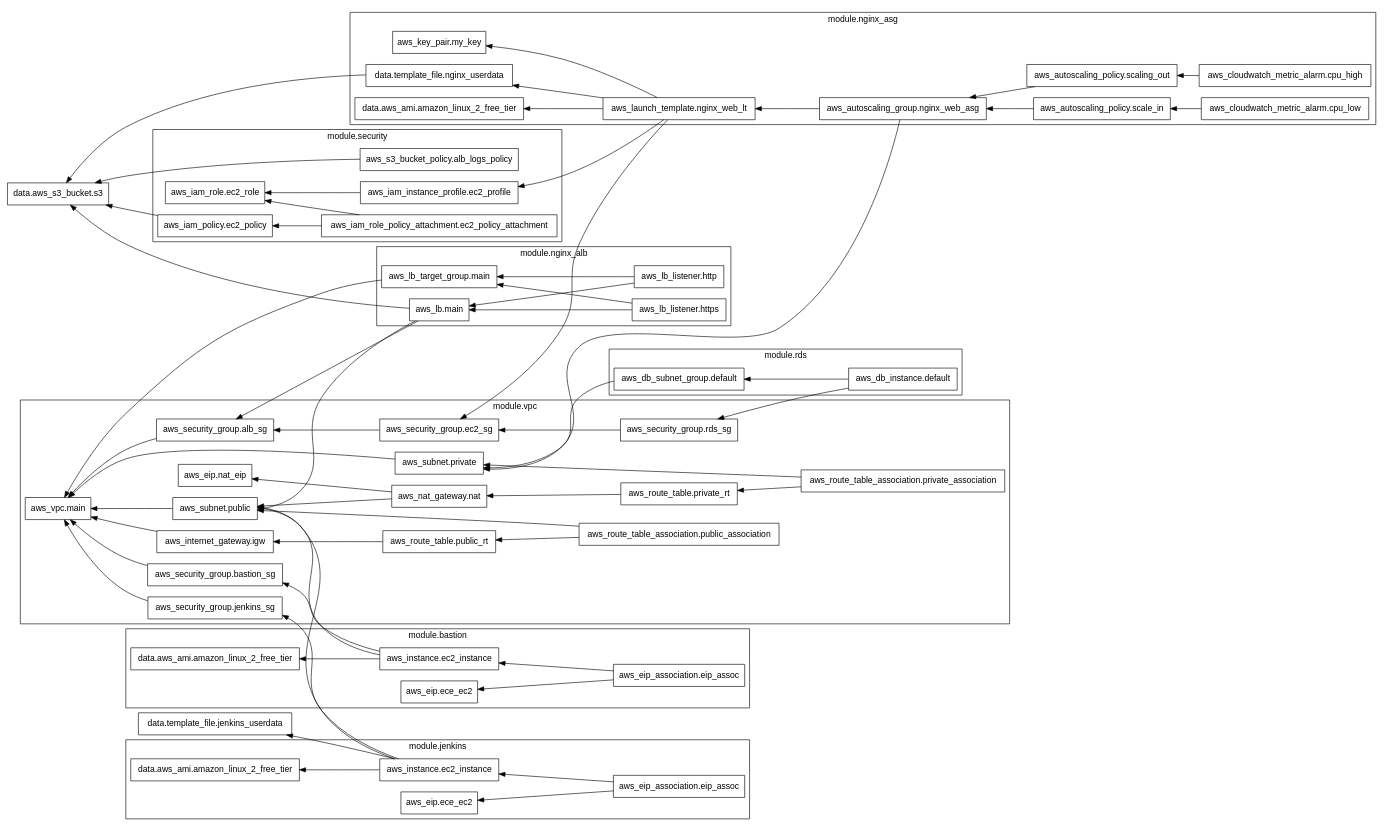
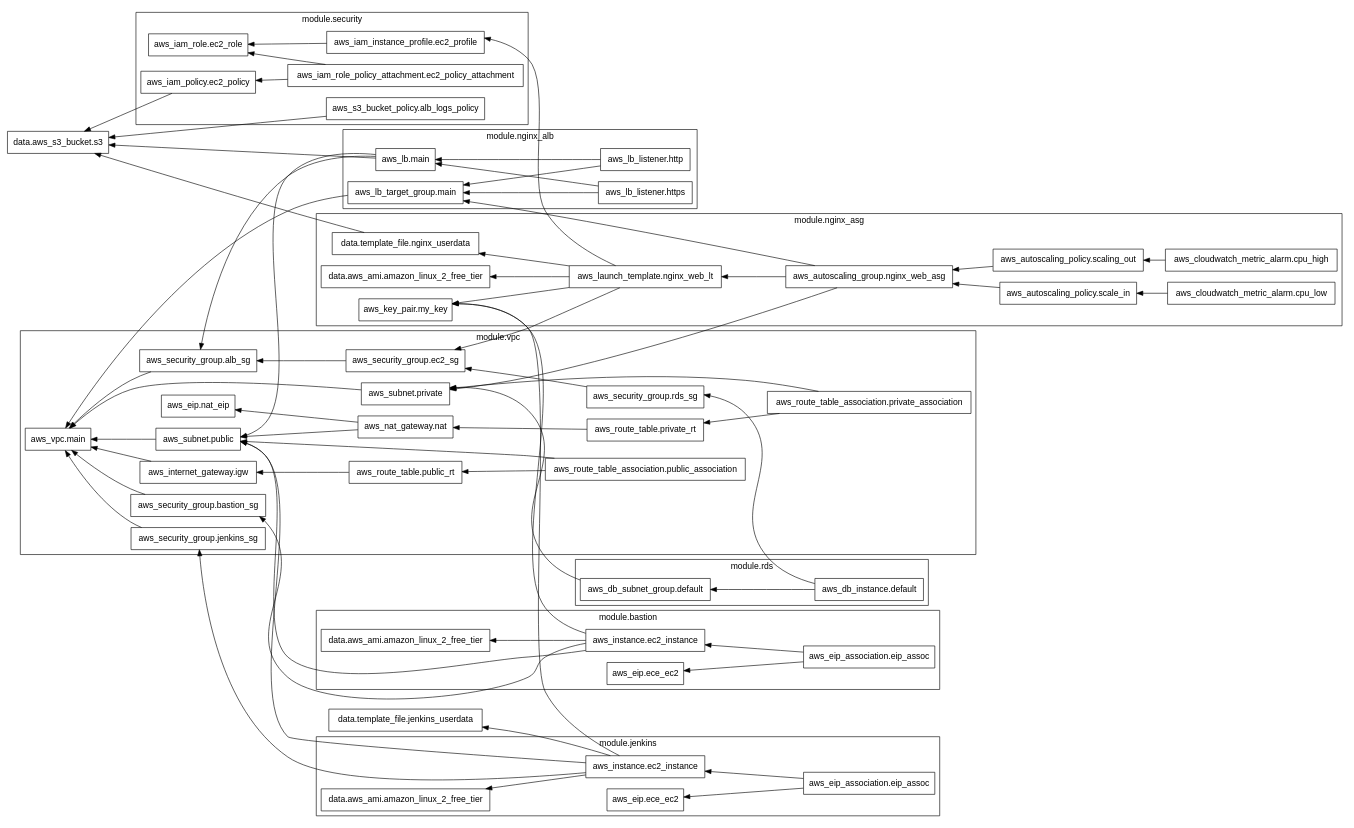
Before and after one commit to DimRev/devops-multitier-app-terraform: the diagram in assets/graph.dot, drawn with Graphviz. The commit also changed 15 other files, not shown here.

```diff
--- a/assets/graph.dot
+++ b/assets/graph.dot
@@ -1,132 +1,135 @@
 digraph G {
   rankdir = "RL";
   node [shape = rect, fontname = "sans-serif"];
   "data.aws_s3_bucket.s3" [label="data.aws_s3_bucket.s3"];
   "data.template_file.jenkins_userdata" [label="data.template_file.jenkins_userdata"];
   subgraph "cluster_module.bastion" {
     label = "module.bastion"
     fontname = "sans-serif"
     "module.bastion.data.aws_ami.amazon_linux_2_free_tier" [label="data.aws_ami.amazon_linux_2_free_tier"];
     "module.bastion.aws_eip.ece_ec2" [label="aws_eip.ece_ec2"];
     "module.bastion.aws_eip_association.eip_assoc" [label="aws_eip_association.eip_assoc"];
     "module.bastion.aws_instance.ec2_instance" [label="aws_instance.ec2_instance"];
   }
   subgraph "cluster_module.jenkins" {
     label = "module.jenkins"
     fontname = "sans-serif"
     "module.jenkins.data.aws_ami.amazon_linux_2_free_tier" [label="data.aws_ami.amazon_linux_2_free_tier"];
     "module.jenkins.aws_eip.ece_ec2" [label="aws_eip.ece_ec2"];
     "module.jenkins.aws_eip_association.eip_assoc" [label="aws_eip_association.eip_assoc"];
     "module.jenkins.aws_instance.ec2_instance" [label="aws_instance.ec2_instance"];
   }
   subgraph "cluster_module.nginx_alb" {
     label = "module.nginx_alb"
     fontname = "sans-serif"
     "module.nginx_alb.aws_lb.main" [label="aws_lb.main"];
     "module.nginx_alb.aws_lb_listener.http" [label="aws_lb_listener.http"];
     "module.nginx_alb.aws_lb_listener.https" [label="aws_lb_listener.https"];
     "module.nginx_alb.aws_lb_target_group.main" [label="aws_lb_target_group.main"];
   }
   subgraph "cluster_module.nginx_asg" {
     label = "module.nginx_asg"
     fontname = "sans-serif"
     "module.nginx_asg.data.aws_ami.amazon_linux_2_free_tier" [label="data.aws_ami.amazon_linux_2_free_tier"];
     "module.nginx_asg.data.template_file.nginx_userdata" [label="data.template_file.nginx_userdata"];
     "module.nginx_asg.aws_autoscaling_group.nginx_web_asg" [label="aws_autoscaling_group.nginx_web_asg"];
     "module.nginx_asg.aws_autoscaling_policy.scale_in" [label="aws_autoscaling_policy.scale_in"];
     "module.nginx_asg.aws_autoscaling_policy.scaling_out" [label="aws_autoscaling_policy.scaling_out"];
     "module.nginx_asg.aws_cloudwatch_metric_alarm.cpu_high" [label="aws_cloudwatch_metric_alarm.cpu_high"];
     "module.nginx_asg.aws_cloudwatch_metric_alarm.cpu_low" [label="aws_cloudwatch_metric_alarm.cpu_low"];
     "module.nginx_asg.aws_key_pair.my_key" [label="aws_key_pair.my_key"];
     "module.nginx_asg.aws_launch_template.nginx_web_lt" [label="aws_launch_template.nginx_web_lt"];
   }
   subgraph "cluster_module.rds" {
     label = "module.rds"
     fontname = "sans-serif"
     "module.rds.aws_db_instance.default" [label="aws_db_instance.default"];
     "module.rds.aws_db_subnet_group.default" [label="aws_db_subnet_group.default"];
   }
   subgraph "cluster_module.security" {
     label = "module.security"
     fontname = "sans-serif"
     "module.security.aws_iam_instance_profile.ec2_profile" [label="aws_iam_instance_profile.ec2_profile"];
     "module.security.aws_iam_policy.ec2_policy" [label="aws_iam_policy.ec2_policy"];
     "module.security.aws_iam_role.ec2_role" [label="aws_iam_role.ec2_role"];
     "module.security.aws_iam_role_policy_attachment.ec2_policy_attachment" [label="aws_iam_role_policy_attachment.ec2_policy_attachment"];
     "module.security.aws_s3_bucket_policy.alb_logs_policy" [label="aws_s3_bucket_policy.alb_logs_policy"];
   }
   subgraph "cluster_module.vpc" {
     label = "module.vpc"
     fontname = "sans-serif"
     "module.vpc.aws_eip.nat_eip" [label="aws_eip.nat_eip"];
     "module.vpc.aws_internet_gateway.igw" [label="aws_internet_gateway.igw"];
     "module.vpc.aws_nat_gateway.nat" [label="aws_nat_gateway.nat"];
     "module.vpc.aws_route_table.private_rt" [label="aws_route_table.private_rt"];
     "module.vpc.aws_route_table.public_rt" [label="aws_route_table.public_rt"];
     "module.vpc.aws_route_table_association.private_association" [label="aws_route_table_association.private_association"];
     "module.vpc.aws_route_table_association.public_association" [label="aws_route_table_association.public_association"];
     "module.vpc.aws_security_group.alb_sg" [label="aws_security_group.alb_sg"];
     "module.vpc.aws_security_group.bastion_sg" [label="aws_security_group.bastion_sg"];
     "module.vpc.aws_security_group.ec2_sg" [label="aws_security_group.ec2_sg"];
     "module.vpc.aws_security_group.jenkins_sg" [label="aws_security_group.jenkins_sg"];
     "module.vpc.aws_security_group.rds_sg" [label="aws_security_group.rds_sg"];
     "module.vpc.aws_subnet.private" [label="aws_subnet.private"];
     "module.vpc.aws_subnet.public" [label="aws_subnet.public"];
     "module.vpc.aws_vpc.main" [label="aws_vpc.main"];
   }
   "module.bastion.aws_eip_association.eip_assoc" -> "module.bastion.aws_eip.ece_ec2";
   "module.bastion.aws_eip_association.eip_assoc" -> "module.bastion.aws_instance.ec2_instance";
   "module.bastion.aws_instance.ec2_instance" -> "module.bastion.data.aws_ami.amazon_linux_2_free_tier";
+  "module.bastion.aws_instance.ec2_instance" -> "module.nginx_asg.aws_key_pair.my_key";
   "module.bastion.aws_instance.ec2_instance" -> "module.vpc.aws_security_group.bastion_sg";
   "module.bastion.aws_instance.ec2_instance" -> "module.vpc.aws_subnet.public";
   "module.jenkins.aws_eip_association.eip_assoc" -> "module.jenkins.aws_eip.ece_ec2";
   "module.jenkins.aws_eip_association.eip_assoc" -> "module.jenkins.aws_instance.ec2_instance";
   "module.jenkins.aws_instance.ec2_instance" -> "data.template_file.jenkins_userdata";
   "module.jenkins.aws_instance.ec2_instance" -> "module.jenkins.data.aws_ami.amazon_linux_2_free_tier";
+  "module.jenkins.aws_instance.ec2_instance" -> "module.nginx_asg.aws_key_pair.my_key";
   "module.jenkins.aws_instance.ec2_instance" -> "module.vpc.aws_security_group.jenkins_sg";
   "module.jenkins.aws_instance.ec2_instance" -> "module.vpc.aws_subnet.public";
   "module.nginx_alb.aws_lb.main" -> "data.aws_s3_bucket.s3";
   "module.nginx_alb.aws_lb.main" -> "module.vpc.aws_security_group.alb_sg";
   "module.nginx_alb.aws_lb.main" -> "module.vpc.aws_subnet.public";
   "module.nginx_alb.aws_lb_listener.http" -> "module.nginx_alb.aws_lb.main";
   "module.nginx_alb.aws_lb_listener.http" -> "module.nginx_alb.aws_lb_target_group.main";
   "module.nginx_alb.aws_lb_listener.https" -> "module.nginx_alb.aws_lb.main";
   "module.nginx_alb.aws_lb_listener.https" -> "module.nginx_alb.aws_lb_target_group.main";
   "module.nginx_alb.aws_lb_target_group.main" -> "module.vpc.aws_vpc.main";
   "module.nginx_asg.data.template_file.nginx_userdata" -> "data.aws_s3_bucket.s3";
+  "module.nginx_asg.aws_autoscaling_group.nginx_web_asg" -> "module.nginx_alb.aws_lb_target_group.main";
   "module.nginx_asg.aws_autoscaling_group.nginx_web_asg" -> "module.nginx_asg.aws_launch_template.nginx_web_lt";
   "module.nginx_asg.aws_autoscaling_group.nginx_web_asg" -> "module.vpc.aws_subnet.private";
   "module.nginx_asg.aws_autoscaling_policy.scale_in" -> "module.nginx_asg.aws_autoscaling_group.nginx_web_asg";
   "module.nginx_asg.aws_autoscaling_policy.scaling_out" -> "module.nginx_asg.aws_autoscaling_group.nginx_web_asg";
   "module.nginx_asg.aws_cloudwatch_metric_alarm.cpu_high" -> "module.nginx_asg.aws_autoscaling_policy.scaling_out";
   "module.nginx_asg.aws_cloudwatch_metric_alarm.cpu_low" -> "module.nginx_asg.aws_autoscaling_policy.scale_in";
   "module.nginx_asg.aws_launch_template.nginx_web_lt" -> "module.nginx_asg.data.aws_ami.amazon_linux_2_free_tier";
   "module.nginx_asg.aws_launch_template.nginx_web_lt" -> "module.nginx_asg.data.template_file.nginx_userdata";
   "module.nginx_asg.aws_launch_template.nginx_web_lt" -> "module.nginx_asg.aws_key_pair.my_key";
   "module.nginx_asg.aws_launch_template.nginx_web_lt" -> "module.security.aws_iam_instance_profile.ec2_profile";
   "module.nginx_asg.aws_launch_template.nginx_web_lt" -> "module.vpc.aws_security_group.ec2_sg";
   "module.rds.aws_db_instance.default" -> "module.rds.aws_db_subnet_group.default";
   "module.rds.aws_db_instance.default" -> "module.vpc.aws_security_group.rds_sg";
   "module.rds.aws_db_subnet_group.default" -> "module.vpc.aws_subnet.private";
   "module.security.aws_iam_instance_profile.ec2_profile" -> "module.security.aws_iam_role.ec2_role";
   "module.security.aws_iam_policy.ec2_policy" -> "data.aws_s3_bucket.s3";
   "module.security.aws_iam_role_policy_attachment.ec2_policy_attachment" -> "module.security.aws_iam_policy.ec2_policy";
   "module.security.aws_iam_role_policy_attachment.ec2_policy_attachment" -> "module.security.aws_iam_role.ec2_role";
   "module.security.aws_s3_bucket_policy.alb_logs_policy" -> "data.aws_s3_bucket.s3";
   "module.vpc.aws_internet_gateway.igw" -> "module.vpc.aws_vpc.main";
   "module.vpc.aws_nat_gateway.nat" -> "module.vpc.aws_eip.nat_eip";
   "module.vpc.aws_nat_gateway.nat" -> "module.vpc.aws_subnet.public";
   "module.vpc.aws_route_table.private_rt" -> "module.vpc.aws_nat_gateway.nat";
   "module.vpc.aws_route_table.public_rt" -> "module.vpc.aws_internet_gateway.igw";
   "module.vpc.aws_route_table_association.private_association" -> "module.vpc.aws_route_table.private_rt";
   "module.vpc.aws_route_table_association.private_association" -> "module.vpc.aws_subnet.private";
   "module.vpc.aws_route_table_association.public_association" -> "module.vpc.aws_route_table.public_rt";
   "module.vpc.aws_route_table_association.public_association" -> "module.vpc.aws_subnet.public";
   "module.vpc.aws_security_group.alb_sg" -> "module.vpc.aws_vpc.main";
   "module.vpc.aws_security_group.bastion_sg" -> "module.vpc.aws_vpc.main";
   "module.vpc.aws_security_group.ec2_sg" -> "module.vpc.aws_security_group.alb_sg";
   "module.vpc.aws_security_group.jenkins_sg" -> "module.vpc.aws_vpc.main";
   "module.vpc.aws_security_group.rds_sg" -> "module.vpc.aws_security_group.ec2_sg";
   "module.vpc.aws_subnet.private" -> "module.vpc.aws_vpc.main";
   "module.vpc.aws_subnet.public" -> "module.vpc.aws_vpc.main";
 }
```
